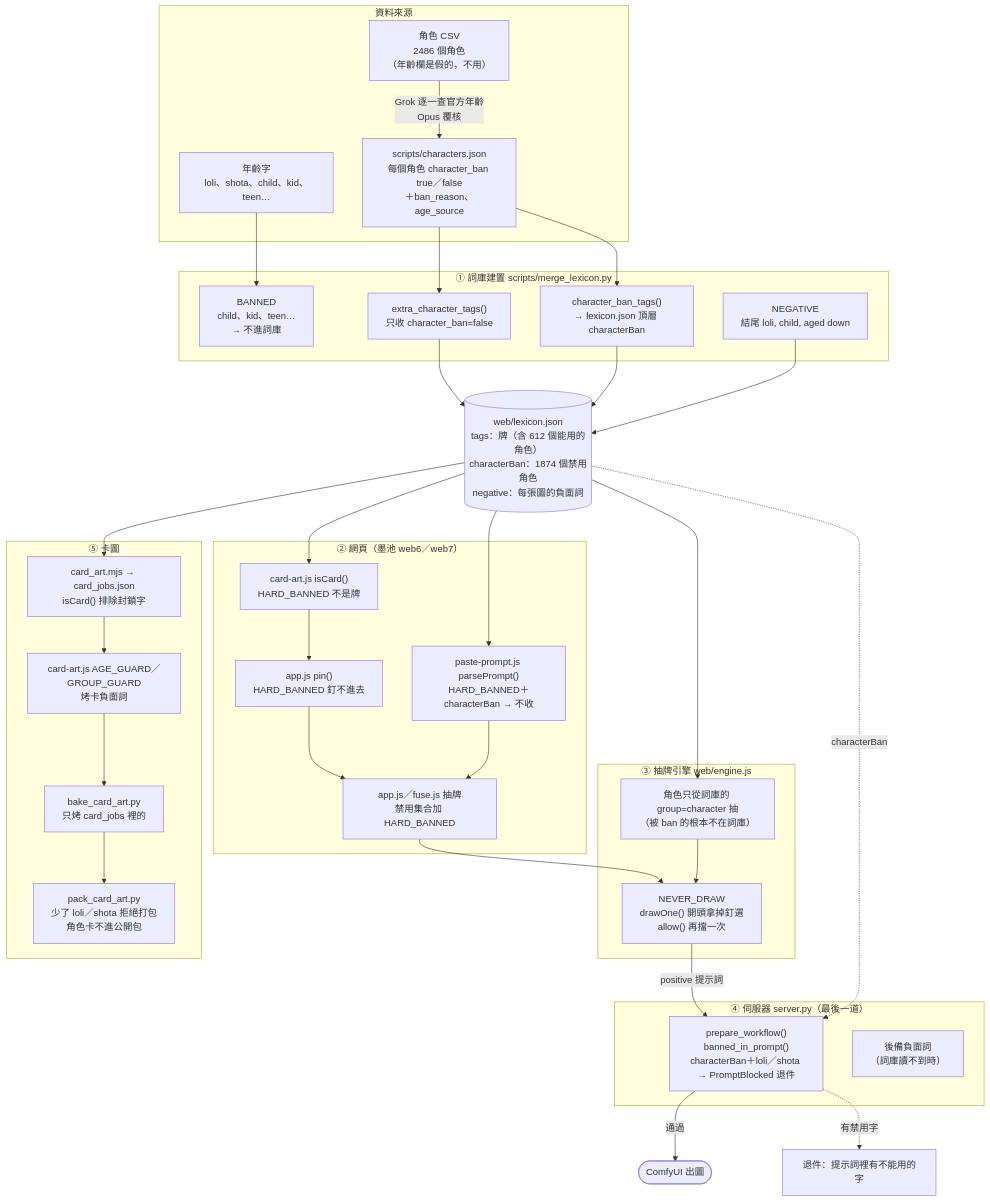
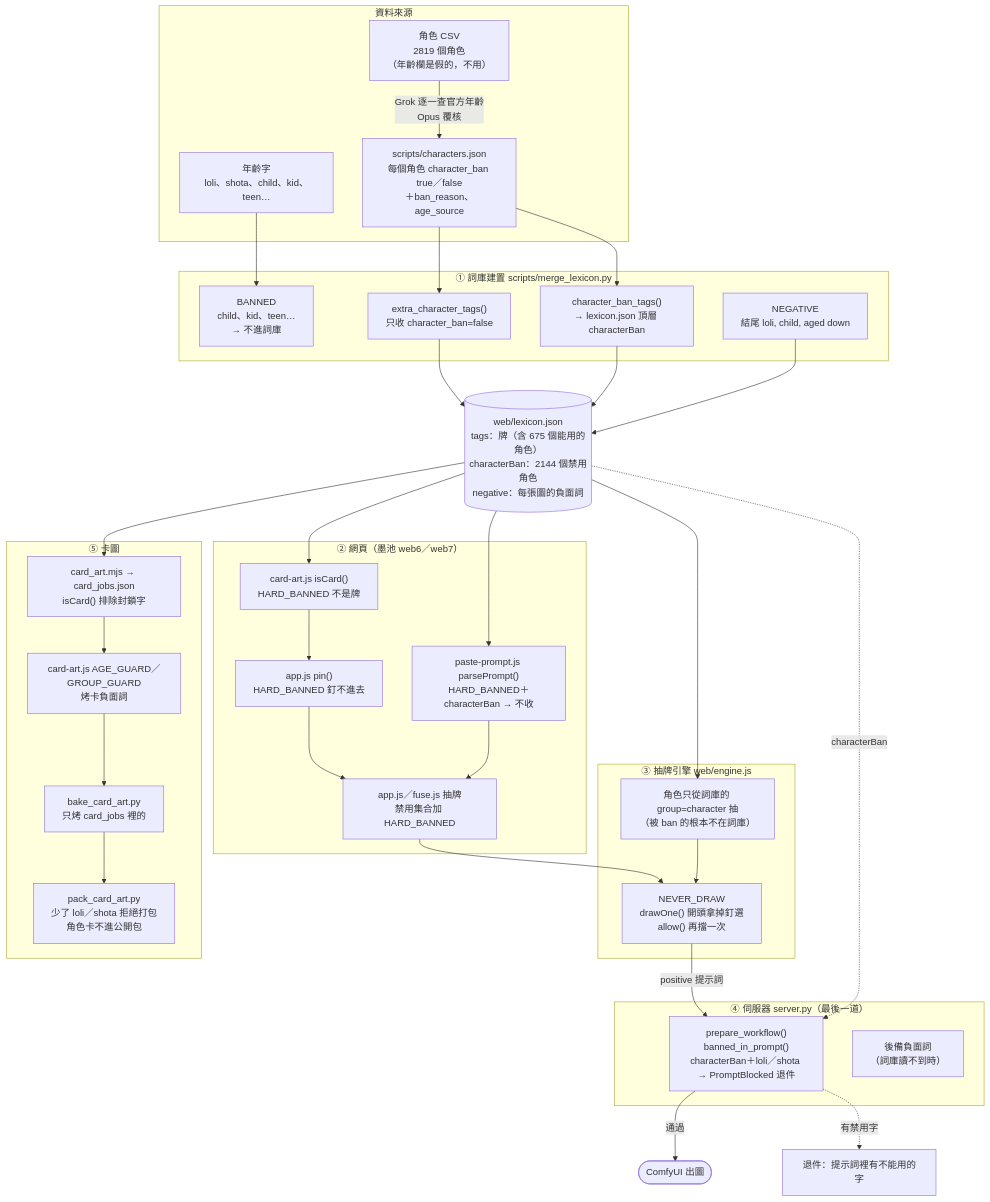
Before and after one commit to bosen12/danbooru_tag_random: the first of 2 diagrams in 未成年規範.md, drawn with Mermaid. The commit also changed other lines of this file and 24 other files, not shown here.

````diff
--- a/未成年規範.md
+++ b/未成年規範.md
@@ -16,58 +16,58 @@
 ```mermaid
 flowchart TB
   subgraph SRC["資料來源"]
-    CSV["角色 CSV<br/>2486 個角色<br/>（年齡欄是假的，不用）"]
+    CSV["角色 CSV<br/>2819 個角色<br/>（年齡欄是假的，不用）"]
     CJ["scripts/characters.json<br/>每個角色 character_ban true／false<br/>＋ban_reason、age_source"]
     WORDS["年齡字<br/>loli、shota、child、kid、teen…"]
   end
 
   subgraph BUILD["① 詞庫建置 scripts/merge_lexicon.py"]
     BANNED["BANNED<br/>child、kid、teen…<br/>→ 不進詞庫"]
     ECT["extra_character_tags()<br/>只收 character_ban=false"]
     CBT["character_ban_tags()<br/>→ lexicon.json 頂層 characterBan"]
     NEG["NEGATIVE<br/>結尾 loli, child, aged down"]
   end
 
-  LEX[("web/lexicon.json<br/>tags：牌（含 612 個能用的角色）<br/>characterBan：1874 個禁用角色<br/>negative：每張圖的負面詞")]
+  LEX[("web/lexicon.json<br/>tags：牌（含 675 個能用的角色）<br/>characterBan：2144 個禁用角色<br/>negative：每張圖的負面詞")]
 
   subgraph CLIENT["② 網頁（墨池 web6／web7）"]
     ISCARD["card-art.js isCard()<br/>HARD_BANNED 不是牌"]
     PIN["app.js pin()<br/>HARD_BANNED 釘不進去"]
     PASTE["paste-prompt.js parsePrompt()<br/>HARD_BANNED＋characterBan → 不收"]
     DRAWBANS["app.js／fuse.js 抽牌<br/>禁用集合加 HARD_BANNED"]
   end
 
   subgraph ENGINE["③ 抽牌引擎 web/engine.js"]
     NEVER["NEVER_DRAW<br/>drawOne() 開頭拿掉釘選<br/>allow() 再擋一次"]
     CHARPOOL["角色只從詞庫的 group=character 抽<br/>（被 ban 的根本不在詞庫）"]
   end
 
   subgraph SERVER["④ 伺服器 server.py（最後一道）"]
     GUARD["prepare_workflow()<br/>banned_in_prompt()<br/>characterBan＋loli／shota → PromptBlocked 退件"]
     SNEG["後備負面詞<br/>（詞庫讀不到時）"]
   end
 
   COMFY(["ComfyUI 出圖"])
 
   subgraph ART["⑤ 卡圖"]
     JOBS["card_art.mjs → card_jobs.json<br/>isCard() 排除封鎖字"]
     AGEG["card-art.js AGE_GUARD／GROUP_GUARD<br/>烤卡負面詞"]
     BAKE["bake_card_art.py<br/>只烤 card_jobs 裡的"]
     PACK["pack_card_art.py<br/>少了 loli／shota 拒絕打包<br/>角色卡不進公開包"]
   end
 
   CSV -->|Grok 逐一查官方年齡<br/>Opus 覆核| CJ
   CJ --> ECT --> LEX
   CJ --> CBT --> LEX
   WORDS --> BANNED
   NEG --> LEX
   LEX --> ISCARD & PASTE & CHARPOOL
   ISCARD --> PIN --> DRAWBANS --> NEVER
   CHARPOOL --> NEVER
   PASTE --> DRAWBANS
   NEVER -->|"positive 提示詞"| GUARD
   LEX -.->|characterBan| GUARD
   GUARD -->|通過| COMFY
   GUARD -.->|有禁用字| X["退件：提示詞裡有不能用的字"]
   LEX --> JOBS --> AGEG --> BAKE --> PACK
 ```
````
